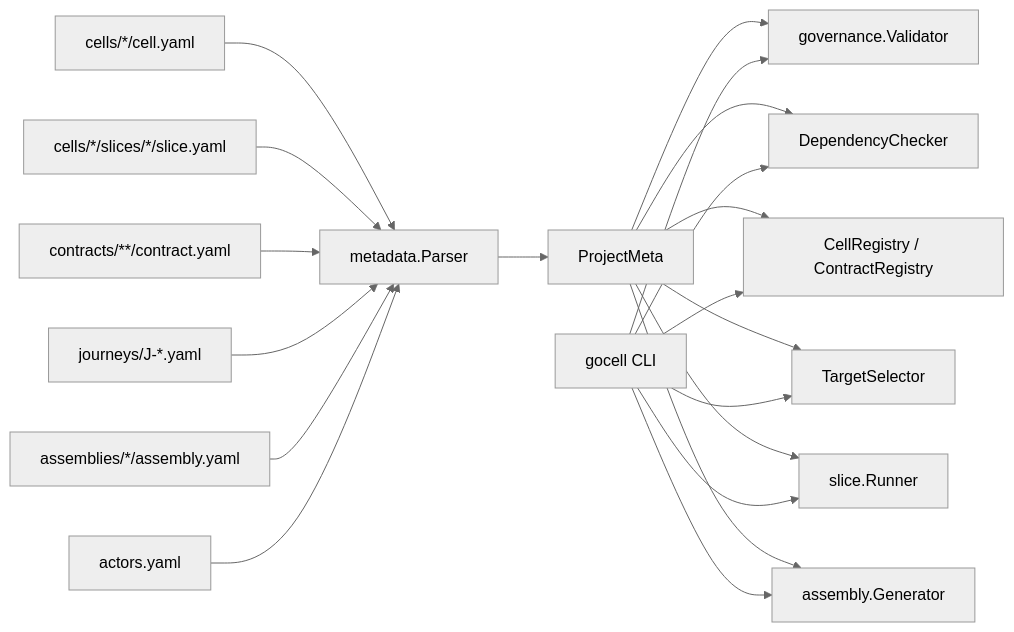
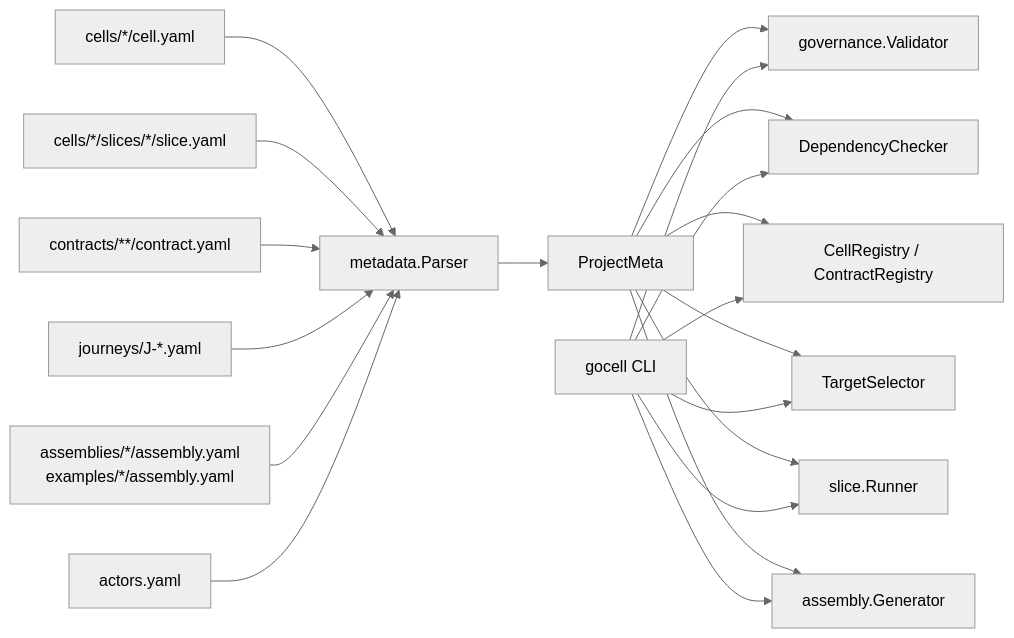
Before and after one commit to ghbvf/gocell: the second of 5 diagrams in docs/architecture/module-dependency-report.md, drawn with Mermaid (neutral theme). The commit also changed 2 other files, not shown here.

Commit message:
docs(generate/types): document examples-vs-platform assembly path derivation
F4: Rewrite 'gocell generate assembly' help text to show that paths derive
from the assembly.yaml location rather than hardcoding cmd/<id>/ and
assemblies/<id>/. The two canonical forms are documented inline:
  assemblies/<id>/assembly.yaml → cmd/<id>/, assemblies/<id>/generated/
  examples/<id>/assembly.yaml  → examples/<id>/, examples/<id>/generated/

F5: Extend AssemblyMeta godoc to document both platform and example assembly
path forms; reference parser.matchAssemblyYAML for recognised path shapes.

S5: Update module-dependency-report.md Mermaid diagram to reflect both
assemblies/*/assembly.yaml and examples/*/assembly.yaml as parser inputs.

````diff
--- a/docs/architecture/module-dependency-report.md
+++ b/docs/architecture/module-dependency-report.md
@@ -126,24 +126,24 @@
 ```mermaid
 flowchart LR
   cell["cells/*/cell.yaml"] --> parser["metadata.Parser"]
   slice["cells/*/slices/*/slice.yaml"] --> parser
   contract["contracts/**/contract.yaml"] --> parser
   journey["journeys/J-*.yaml"] --> parser
-  assembly["assemblies/*/assembly.yaml"] --> parser
+  assembly["assemblies/*/assembly.yaml<br>examples/*/assembly.yaml"] --> parser
   actor["actors.yaml"] --> parser
 
   parser --> pm["ProjectMeta"]
   pm --> validator["governance.Validator"]
   pm --> dep["DependencyChecker"]
   pm --> registry["CellRegistry / ContractRegistry"]
   pm --> selector["TargetSelector"]
   pm --> runner["slice.Runner"]
   pm --> generator["assembly.Generator"]
 
   cmd["gocell CLI"] --> validator
   cmd --> dep
   cmd --> registry
   cmd --> selector
   cmd --> runner
   cmd --> generator
 ```
````
